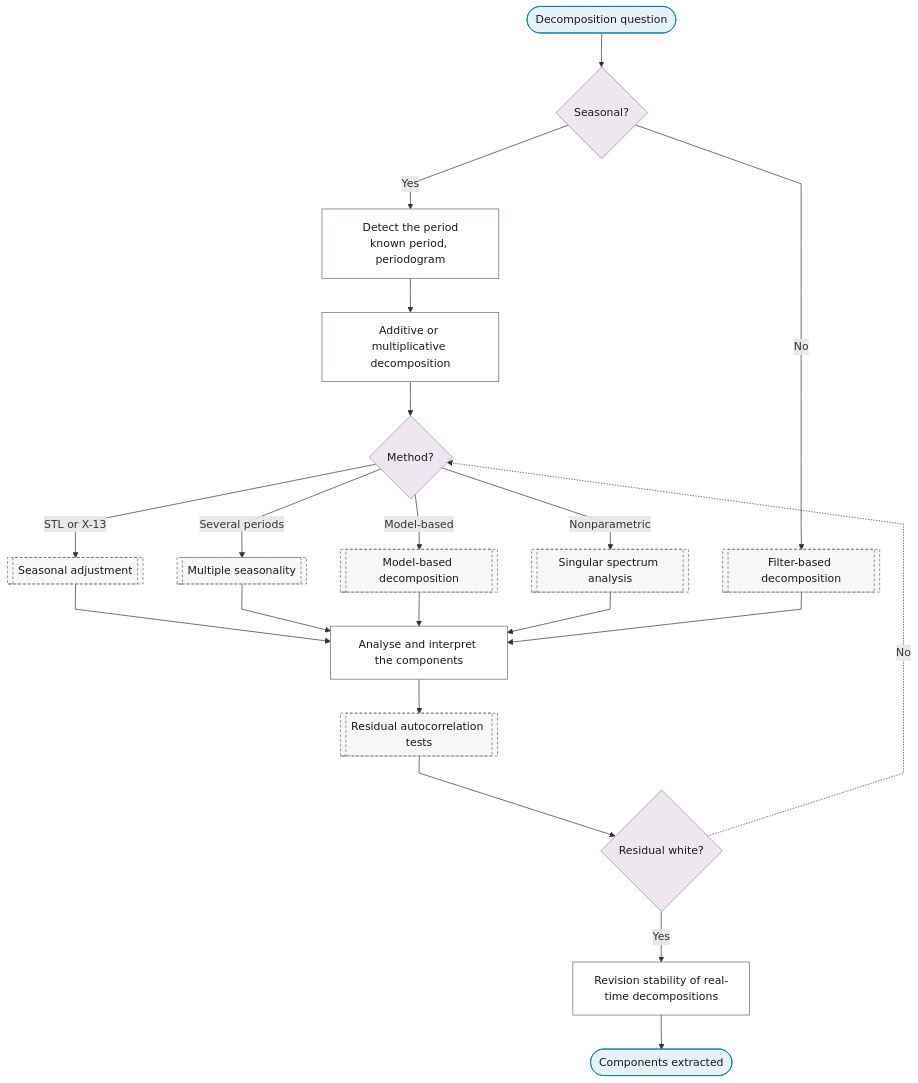
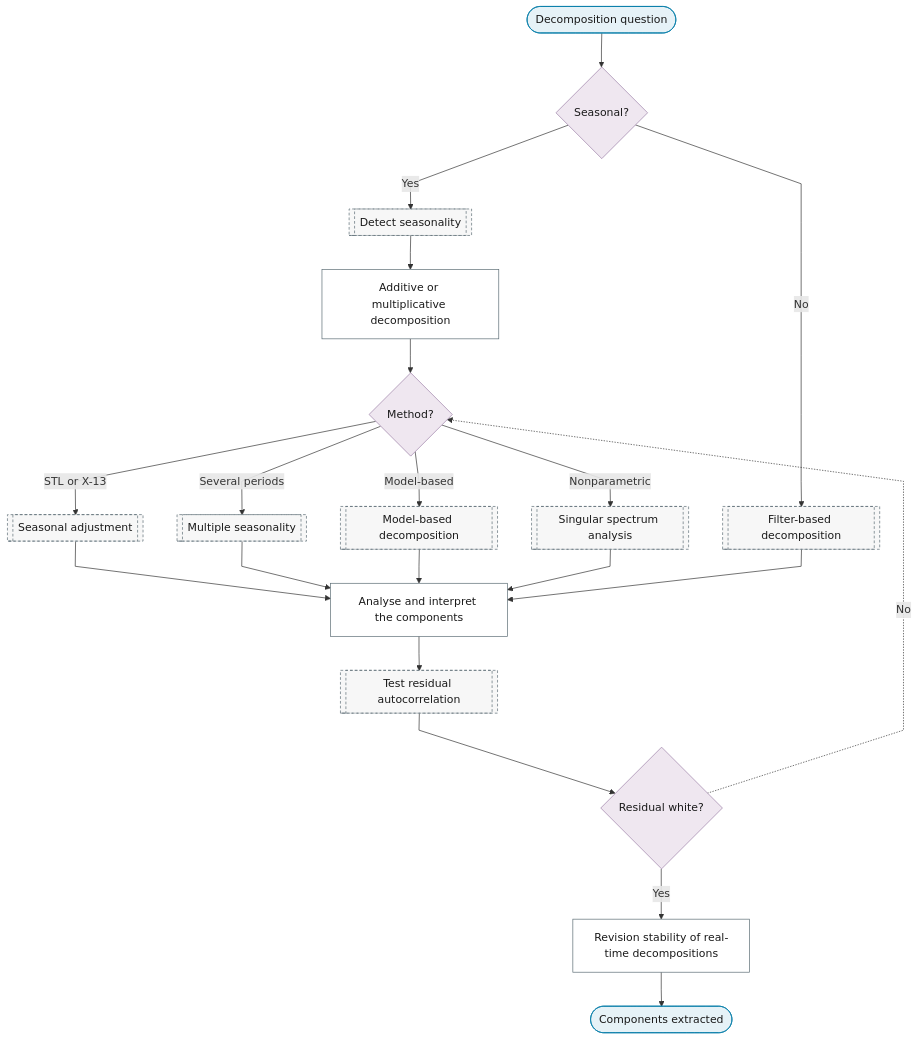
Before and after one commit to Shuxin-Y/time-series-analysis-manual: the diagram in docs/01-workflow/p02-purpose/06-decomposition.md, drawn with Mermaid. The commit also changed 27 other files, not shown here.

First line of the commit message:
fix(flowchart): one method, one leaf

````diff
--- a/docs/01-workflow/p02-purpose/06-decomposition.md
+++ b/docs/01-workflow/p02-purpose/06-decomposition.md
@@ -7,31 +7,31 @@
 ```mermaid
 %%{init: {"flowchart": {"curve": "linear"}}}%%
 graph TD
     P2_DC_IN(["Decomposition question"]) --> P2_DC_SEASONAL{"Seasonal?"}
-    P2_DC_SEASONAL -->|"Yes"| P2_DC_PERIOD["Detect the period<br/>known period, periodogram"]
+    P2_DC_SEASONAL -->|"Yes"| P3_SEASONALITY[["Detect seasonality"]]
     P2_DC_SEASONAL -->|"No"| P4_FILTER_DECOMPOSITION[["Filter-based decomposition"]]
-    P2_DC_PERIOD --> P2_DC_ADDITIVE_MULTIPLICATIVE["Additive or multiplicative decomposition"]
+    P3_SEASONALITY --> P2_DC_ADDITIVE_MULTIPLICATIVE["Additive or multiplicative decomposition"]
     P2_DC_ADDITIVE_MULTIPLICATIVE --> P2_DC_METHOD{"Method?"}
     P2_DC_METHOD -->|"STL or X-13"| P4_SEASONAL_ADJUSTMENT[["Seasonal adjustment"]]
     P2_DC_METHOD -->|"Several periods"| P4_MULTIPLE_SEASONALITY[["Multiple seasonality"]]
     P2_DC_METHOD -->|"Model-based"| P4_MODEL_DECOMPOSITION[["Model-based decomposition"]]
     P2_DC_METHOD -->|"Nonparametric"| P4_SSA[["Singular spectrum analysis"]]
     P4_SEASONAL_ADJUSTMENT & P4_MULTIPLE_SEASONALITY & P4_MODEL_DECOMPOSITION & P4_SSA & P4_FILTER_DECOMPOSITION --> P2_DC_COMPONENT_ANALYSIS["Analyse and interpret the components"]
-    P2_DC_COMPONENT_ANALYSIS --> P9_RESIDUAL_AUTOCORRELATION[["Residual autocorrelation tests"]]
-    P9_RESIDUAL_AUTOCORRELATION --> P2_DC_RESIDUAL{"Residual white?"}
+    P2_DC_COMPONENT_ANALYSIS --> P7_MEAN_TESTS[["Test residual autocorrelation"]]
+    P7_MEAN_TESTS --> P2_DC_RESIDUAL{"Residual white?"}
     P2_DC_RESIDUAL -.->|"No"| P2_DC_METHOD
     P2_DC_RESIDUAL -->|"Yes"| P2_DC_REVISION["Revision stability of real-time decompositions"]
     P2_DC_REVISION --> P2_DC_OUT(["Components extracted"])
     class P2_DC_IN,P2_DC_OUT terminator
     class P2_DC_SEASONAL,P2_DC_METHOD,P2_DC_RESIDUAL decision
-    class P2_DC_PERIOD,P2_DC_ADDITIVE_MULTIPLICATIVE,P2_DC_COMPONENT_ANALYSIS,P2_DC_REVISION process
-    class P4_FILTER_DECOMPOSITION,P4_SEASONAL_ADJUSTMENT,P4_MULTIPLE_SEASONALITY,P4_MODEL_DECOMPOSITION,P4_SSA,P9_RESIDUAL_AUTOCORRELATION ref
+    class P2_DC_ADDITIVE_MULTIPLICATIVE,P2_DC_COMPONENT_ANALYSIS,P2_DC_REVISION process
+    class P3_SEASONALITY,P4_FILTER_DECOMPOSITION,P4_SEASONAL_ADJUSTMENT,P4_MULTIPLE_SEASONALITY,P4_MODEL_DECOMPOSITION,P4_SSA,P7_MEAN_TESTS ref
     classDef terminator fill:#E6F2F7,stroke:#007BA7,color:#1A1A1A;
     classDef process fill:#FFFFFF,stroke:#5A6B73,color:#1A1A1A;
     classDef decision fill:#EFE7F0,stroke:#9B7FA7,color:#1A1A1A;
     classDef data fill:#FFF4E0,stroke:#C9A55E,color:#1A1A1A;
     classDef good fill:#DCEFD8,stroke:#4A7A3F,color:#1A1A1A;
     classDef escalate fill:#FFE9C2,stroke:#C9A55E,color:#1A1A1A;
     classDef problem fill:#F2D9DE,stroke:#800020,color:#1A1A1A;
     classDef ref fill:#F7F7F7,stroke:#5A6B73,color:#1A1A1A,stroke-dasharray:4 3;
 ```
````
